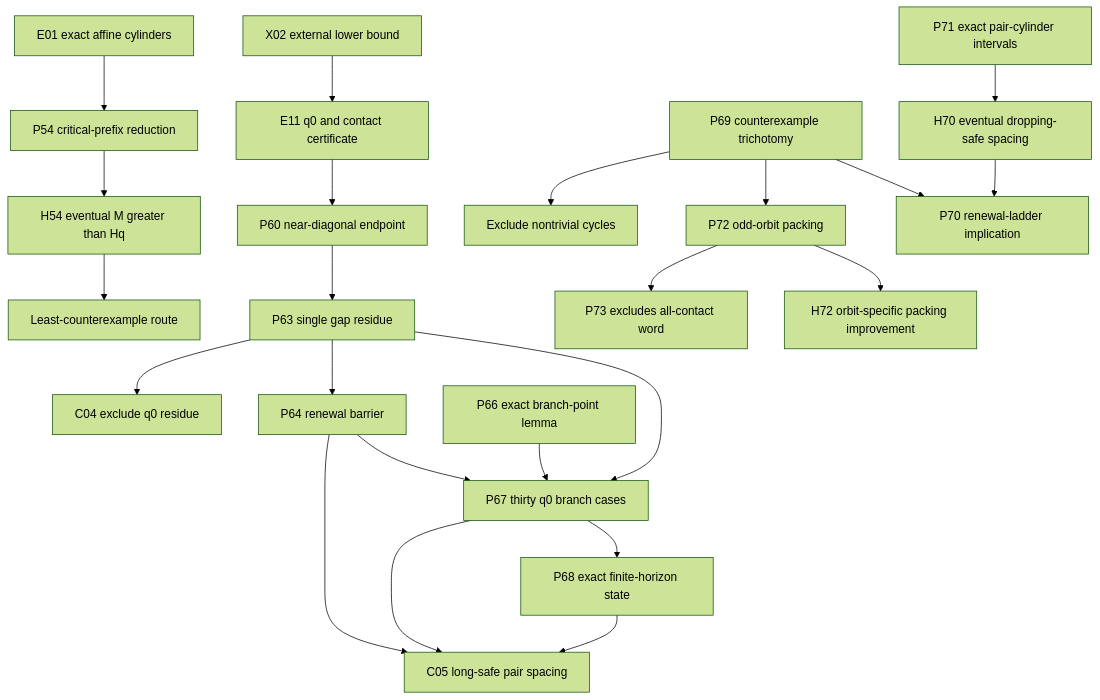
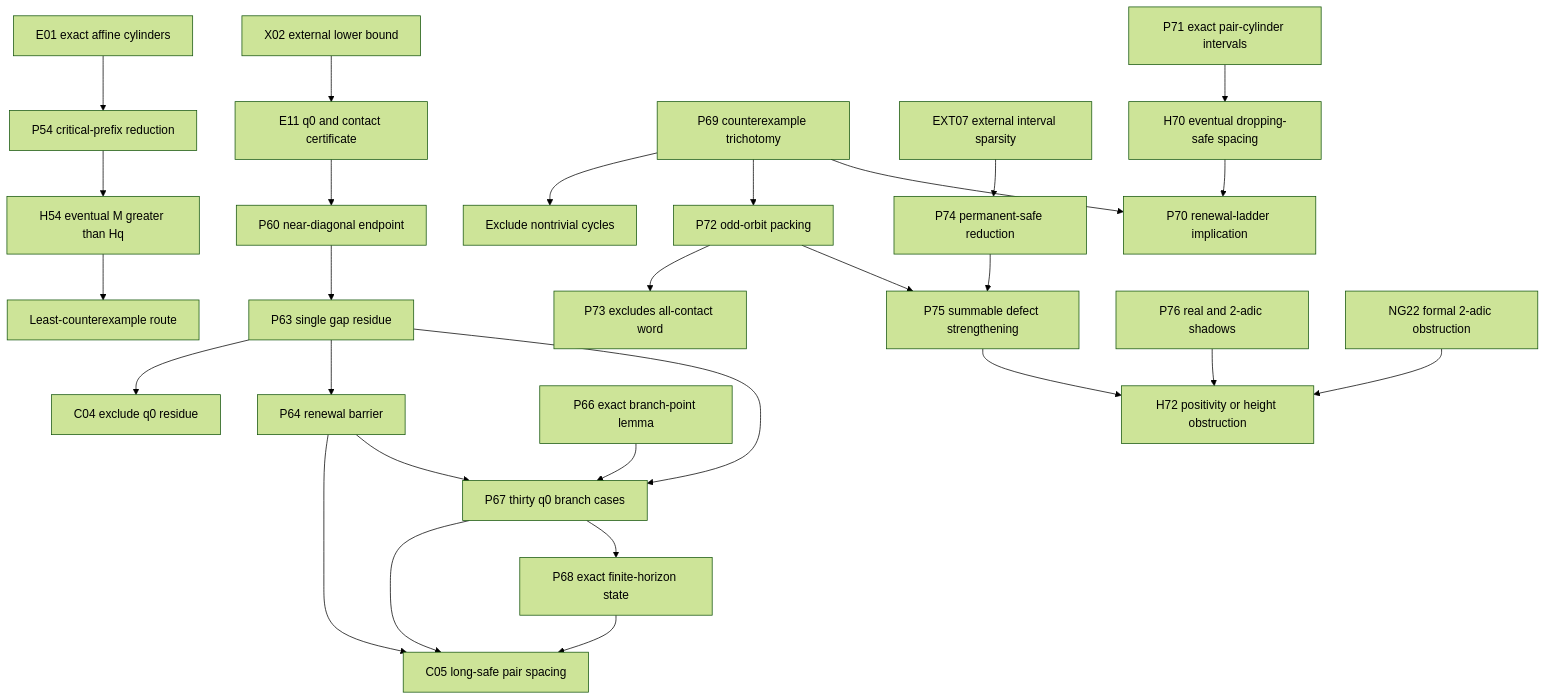
One commit to fumiki-t/Collatz-conjecture changed the diagram in docs/AI_RESEARCH_GUIDE.md. Above: the diagram before and after it, drawn with Mermaid (forest theme). The commit also changed other lines of this file and 21 other files, not shown here.

Commit message:
audit: record Garcia-Tal permanent-safe consequences

````diff
--- a/docs/AI_RESEARCH_GUIDE.md
+++ b/docs/AI_RESEARCH_GUIDE.md
@@ -46,27 +48,32 @@
 ```mermaid
 flowchart TD
     E01["E01 exact affine cylinders"] --> P54["P54 critical-prefix reduction"]
     P54 --> H54["H54 eventual M greater than Hq"]
     H54 --> Goal["Least-counterexample route"]
 
     X02["X02 external lower bound"] --> E11["E11 q0 and contact certificate"]
     E11 --> P60["P60 near-diagonal endpoint"]
     P60 --> P63["P63 single gap residue"]
     P63 --> C04["C04 exclude q0 residue"]
     P63 --> P64["P64 renewal barrier"]
     P64 --> C05["C05 long-safe pair spacing"]
     P66["P66 exact branch-point lemma"] --> P67["P67 thirty q0 branch cases"]
     P63 --> P67
     P64 --> P67
     P67 --> C05
     P67 --> P68["P68 exact finite-horizon state"]
     P68 --> C05
 
     P69["P69 counterexample trichotomy"] --> Cycle["Exclude nontrivial cycles"]
     P69 --> P72["P72 odd-orbit packing"]
     P72 --> P73["P73 excludes all-contact word"]
-    P72 --> H72["H72 orbit-specific packing improvement"]
+    EXT07["EXT07 external interval sparsity"] --> P74["P74 permanent-safe reduction"]
+    P74 --> P75["P75 summable defect strengthening"]
+    P72 --> P75
+    P75 --> H72["H72 positivity or height obstruction"]
+    P76["P76 real and 2-adic shadows"] --> H72
+    NG22["NG22 formal 2-adic obstruction"] --> H72
     P69 --> P70["P70 renewal-ladder implication"]
     H70["H70 eventual dropping-safe spacing"] --> P70
     P71["P71 exact pair-cylinder intervals"] --> H70
 ```
````
